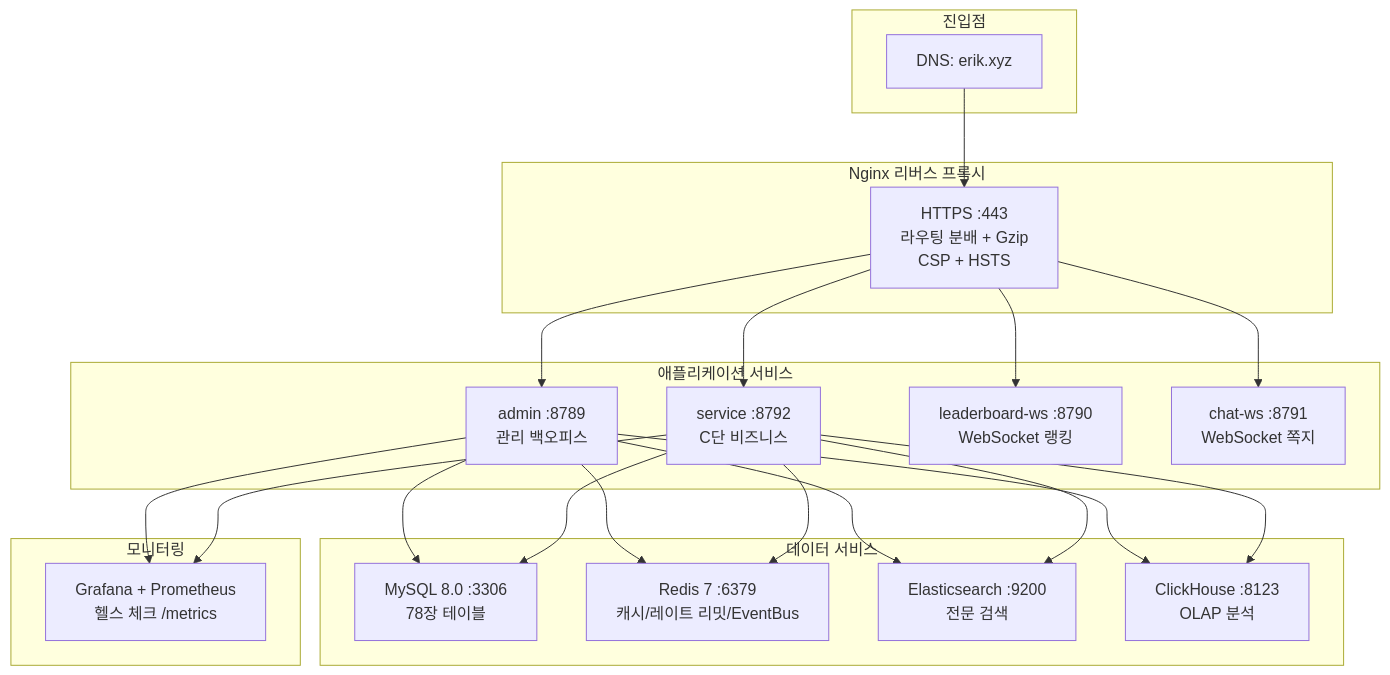
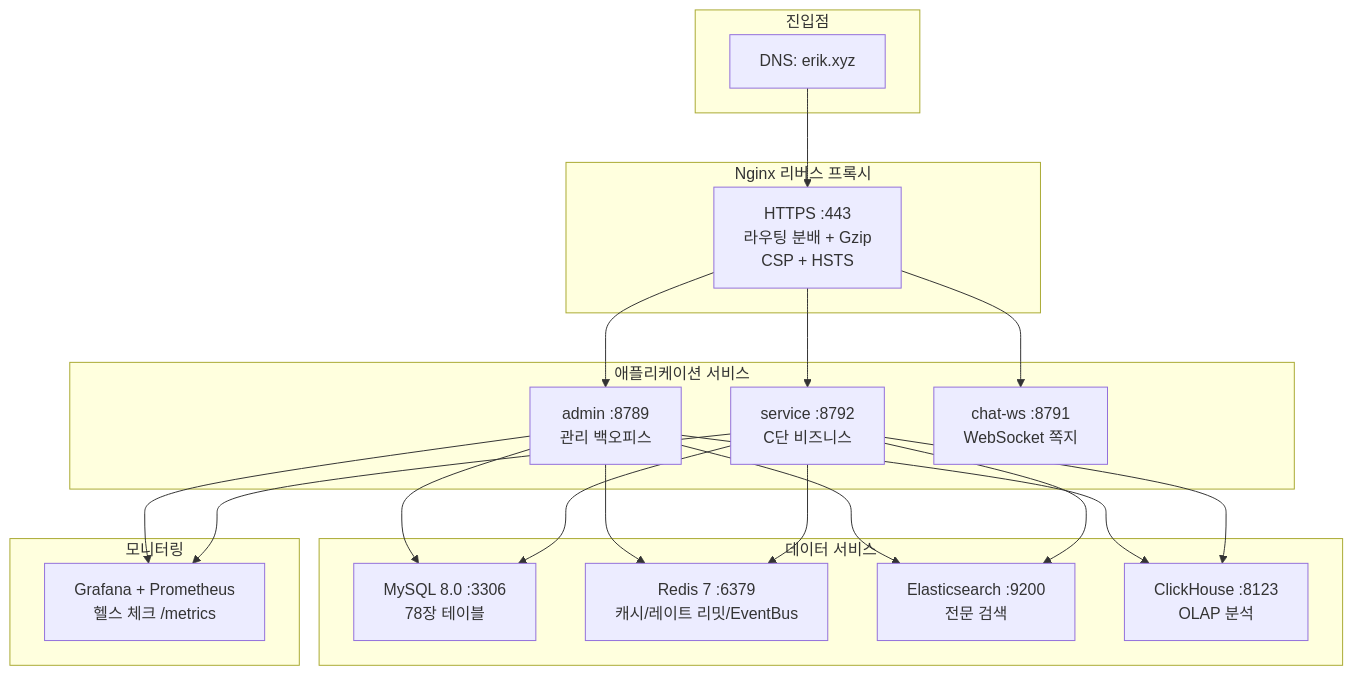
Before and after one commit to erikwang2013/game-platform-php: the diagram in admin/docs/diagrams/12-deployment.ko.md, drawn with Mermaid. The commit also changed 710 other files, not shown here.

````diff
--- a/admin/docs/diagrams/12-deployment.ko.md
+++ b/admin/docs/diagrams/12-deployment.ko.md
@@ -7,33 +7,32 @@
 ```mermaid
 flowchart TB
     subgraph "진입점"
         DNS["DNS: erik.xyz"]
     end
 
     subgraph "Nginx 리버스 프록시"
         NGX["HTTPS :443<br/>라우팅 분배 + Gzip<br/>CSP + HSTS"]
     end
 
     subgraph "애플리케이션 서비스"
         ADM["admin :8789<br/>관리 백오피스"]
         SVC["service :8792<br/>C단 비즈니스"]
-        LB["leaderboard-ws :8790<br/>WebSocket 랭킹"]
         CHAT["chat-ws :8791<br/>WebSocket 쪽지"]
     end
 
     subgraph "데이터 서비스"
         MYSQL["MySQL 8.0 :3306<br/>78장 테이블"]
         REDIS["Redis 7 :6379<br/>캐시/레이트 리밋/EventBus"]
         ES["Elasticsearch :9200<br/>전문 검색"]
         CH["ClickHouse :8123<br/>OLAP 분석"]
     end
 
     subgraph "모니터링"
         MON["Grafana + Prometheus<br/>헬스 체크 /metrics"]
     end
 
     DNS --> NGX
-    NGX --> ADM & SVC & LB & CHAT
+    NGX --> ADM & SVC & CHAT
     ADM & SVC --> MYSQL & REDIS & ES & CH
     ADM & SVC --> MON
 ```
````
